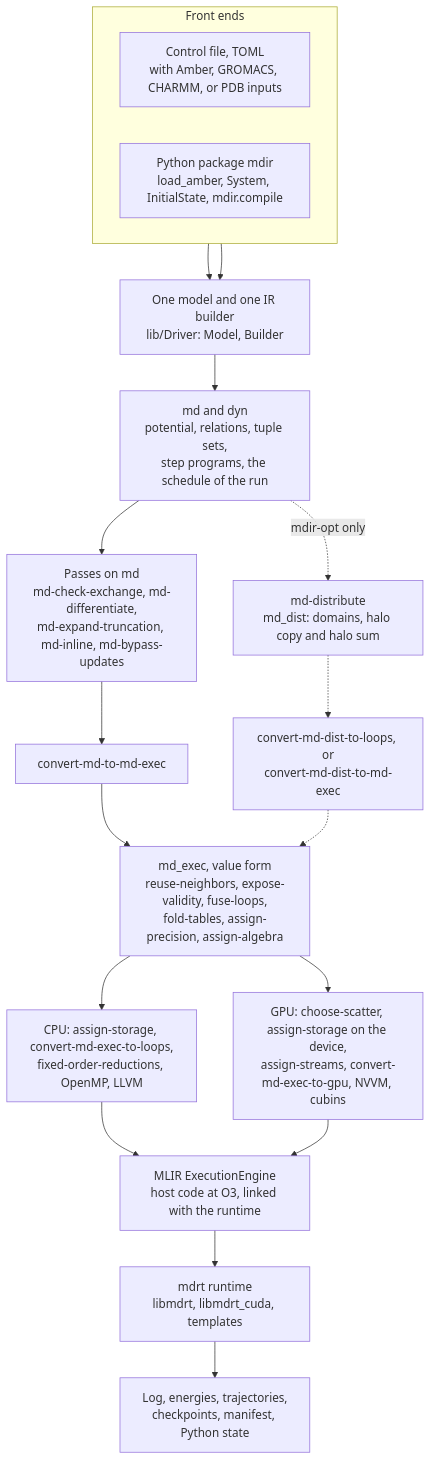
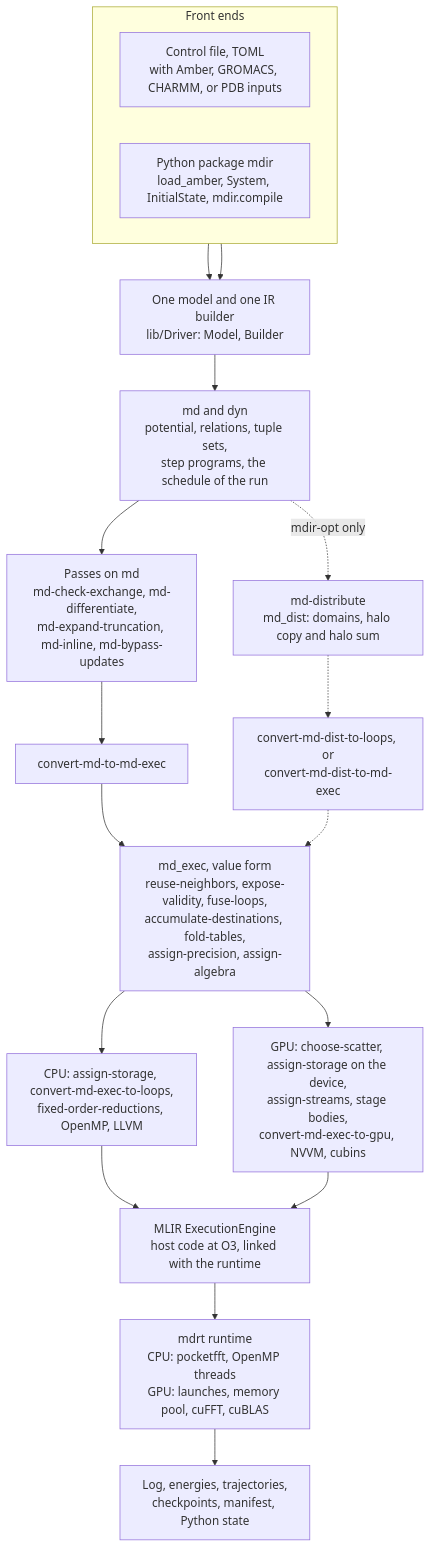
One commit to vv137/mdir changed the first of 4 diagrams in docs/overview.md. Above: the diagram before and after it, drawn with Mermaid. The commit also changed other lines of this file and 2 other files, not shown here.

First line of the commit message:
Move README's diagrams into the overview (#587)

````diff
--- a/docs/overview.md
+++ b/docs/overview.md
@@ -72,23 +72,23 @@
 ```mermaid
 flowchart TD
     subgraph FE["Front ends"]
         direction LR
         CF["Control file, TOML<br/>with Amber, GROMACS, CHARMM, or PDB inputs"]
         PY["Python package mdir<br/>load_amber, System, InitialState, mdir.compile"]
     end
     CF --> MODEL["One model and one IR builder<br/>lib/Driver: Model, Builder"]
     PY --> MODEL
     MODEL --> SEM["md and dyn<br/>potential, relations, tuple sets,<br/>step programs, the schedule of the run"]
     SEM --> MDP["Passes on md<br/>md-check-exchange, md-differentiate,<br/>md-expand-truncation, md-inline, md-bypass-updates"]
     MDP --> CONV["convert-md-to-md-exec"]
-    CONV --> EXV["md_exec, value form<br/>reuse-neighbors, expose-validity, fuse-loops,<br/>fold-tables, assign-precision, assign-algebra"]
+    CONV --> EXV["md_exec, value form<br/>reuse-neighbors, expose-validity, fuse-loops,<br/>accumulate-destinations, fold-tables,<br/>assign-precision, assign-algebra"]
     EXV --> CPU["CPU: assign-storage, convert-md-exec-to-loops,<br/>fixed-order-reductions, OpenMP, LLVM"]
-    EXV --> GPU["GPU: choose-scatter, assign-storage on the device,<br/>assign-streams, convert-md-exec-to-gpu, NVVM, cubins"]
+    EXV --> GPU["GPU: choose-scatter, assign-storage on the device,<br/>assign-streams, stage bodies,<br/>convert-md-exec-to-gpu, NVVM, cubins"]
     CPU --> JIT["MLIR ExecutionEngine<br/>host code at O3, linked with the runtime"]
     GPU --> JIT
-    JIT --> RT["mdrt runtime<br/>libmdrt, libmdrt_cuda, templates"]
+    JIT --> RT["mdrt runtime<br/>CPU: pocketfft, OpenMP threads<br/>GPU: launches, memory pool, cuFFT, cuBLAS"]
     RT --> OUT["Log, energies, trajectories,<br/>checkpoints, manifest, Python state"]
     SEM -.->|"mdir-opt only"| DIST["md-distribute<br/>md_dist: domains, halo copy and halo sum"]
     DIST -.-> DL["convert-md-dist-to-loops, or<br/>convert-md-dist-to-md-exec"]
     DL -.-> EXV
 ```
````
